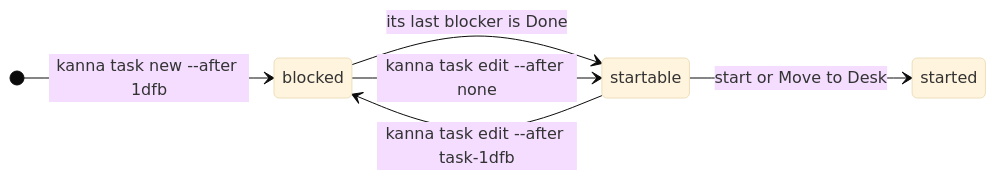
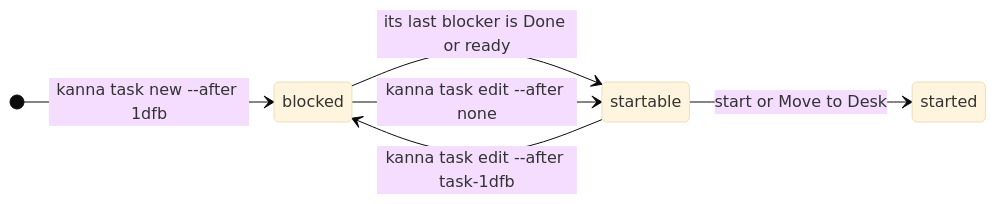
One commit to tampopogk/kanna changed the first of 2 diagrams in docs/specs/task-dependencies.md. Above: the diagram before and after it, drawn with Mermaid (base theme). The commit also changed other lines of this file and 2 other files, not shown here.

Commit message:
docs: stacked tasks: a blocked task starts on its blockers' ready branches; stale ripples down the chain

````diff
--- a/docs/specs/task-dependencies.md
+++ b/docs/specs/task-dependencies.md
@@ -11,9 +11,9 @@
 ```mermaid
 stateDiagram-v2
     direction LR
     [*] --> blocked: kanna task new --after 1dfb
-    blocked --> startable: its last blocker is Done
+    blocked --> startable: its last blocker is Done or ready
     startable --> blocked: kanna task edit --after task-1dfb
     blocked --> startable: kanna task edit --after none
     startable --> started: start or Move to Desk
 ```
````
